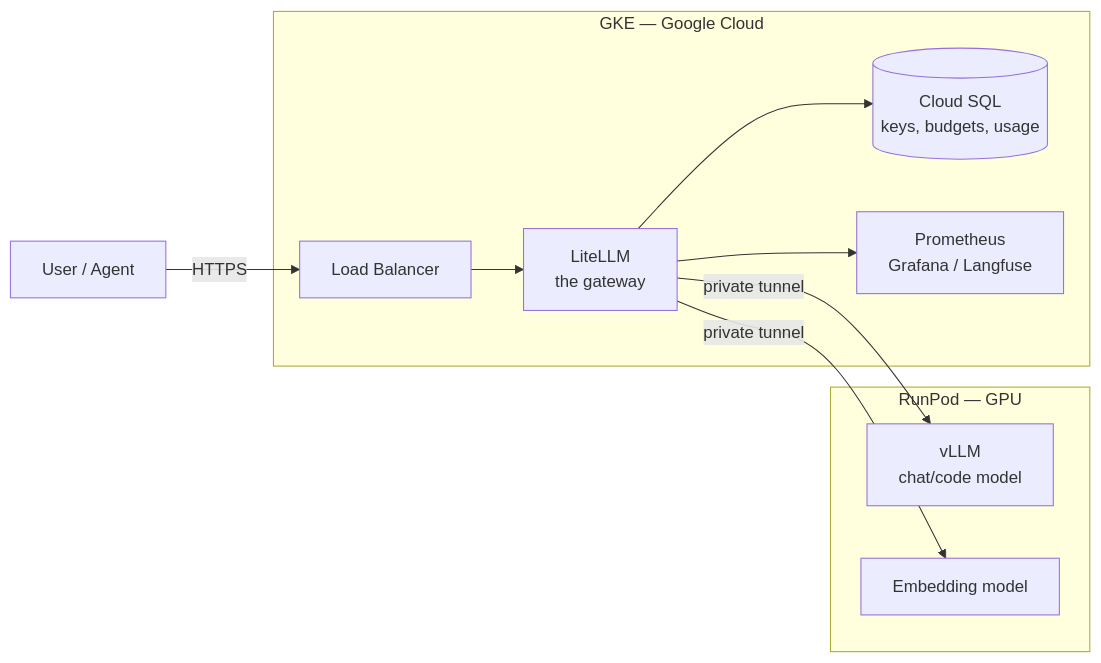
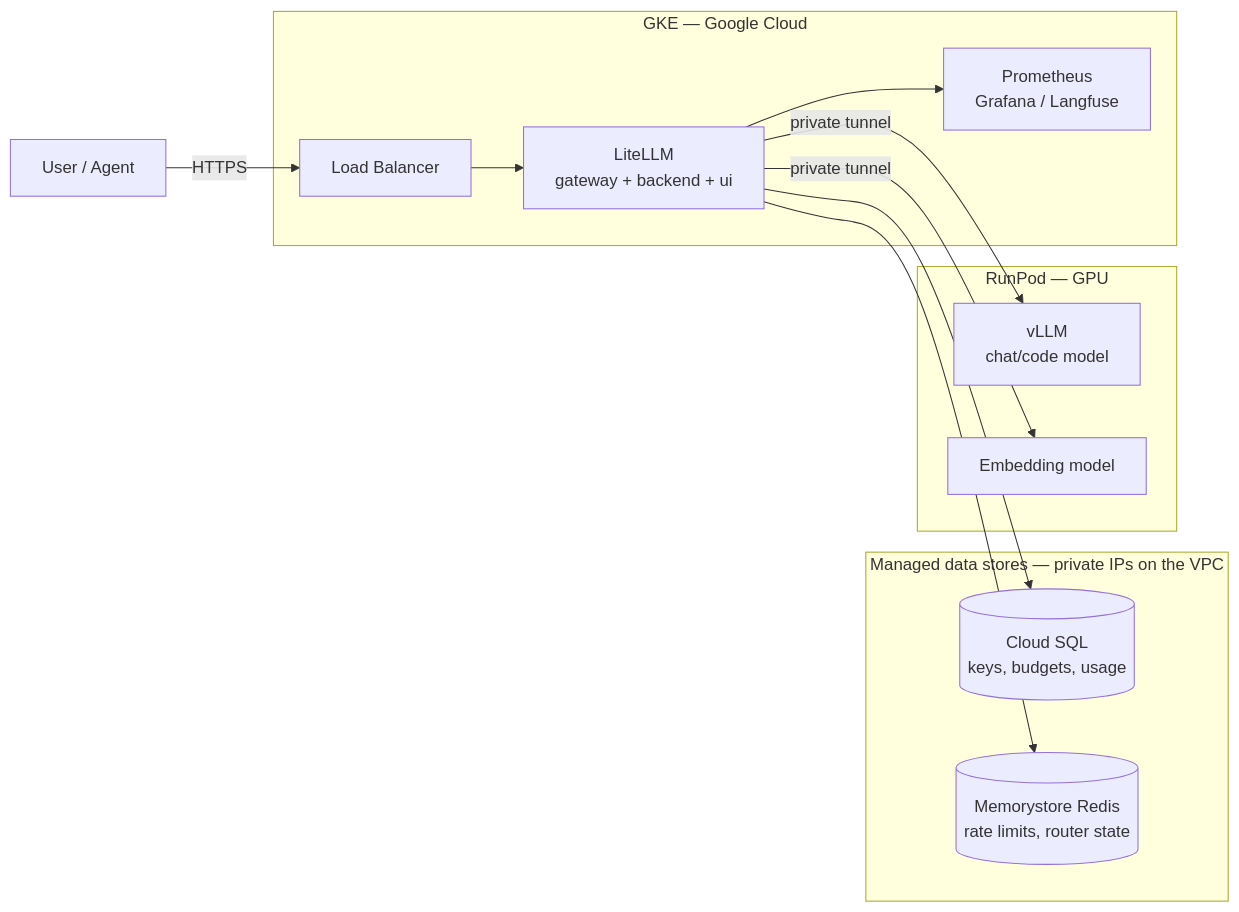
Before and after one commit to zessam/terraforge-inference: the first of 4 diagrams in terraform/README.md, drawn with Mermaid. The commit also changed other lines of this file and 5 other files, not shown here.

````diff
--- a/terraform/README.md
+++ b/terraform/README.md
@@ -7,22 +7,27 @@
 ```mermaid
 flowchart LR
     user["User / Agent"]
 
     subgraph gke["GKE — Google Cloud"]
         lb["Load Balancer"]
-        litellm["LiteLLM<br/>the gateway"]
+        litellm["LiteLLM<br/>gateway + backend + ui"]
+        obs["Prometheus<br/>Grafana / Langfuse"]
+    end
+
+    subgraph data["Managed data stores — private IPs on the VPC"]
         db[("Cloud SQL<br/>keys, budgets, usage")]
-        obs["Prometheus<br/>Grafana / Langfuse"]
+        redis[("Memorystore Redis<br/>rate limits, router state")]
     end
 
     subgraph rp["RunPod — GPU"]
         vllm["vLLM<br/>chat/code model"]
         embed["Embedding model"]
     end
 
     user -->|HTTPS| lb --> litellm
     litellm --> db
+    litellm --> redis
     litellm --> obs
     litellm -->|private tunnel| vllm
     litellm -->|private tunnel| embed
 ```
````
